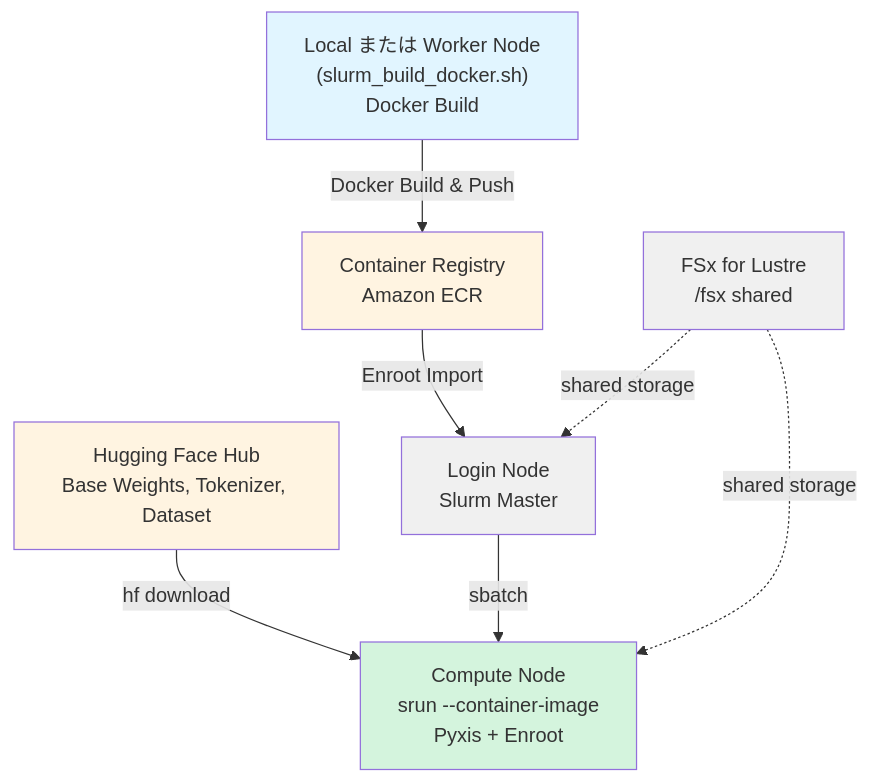
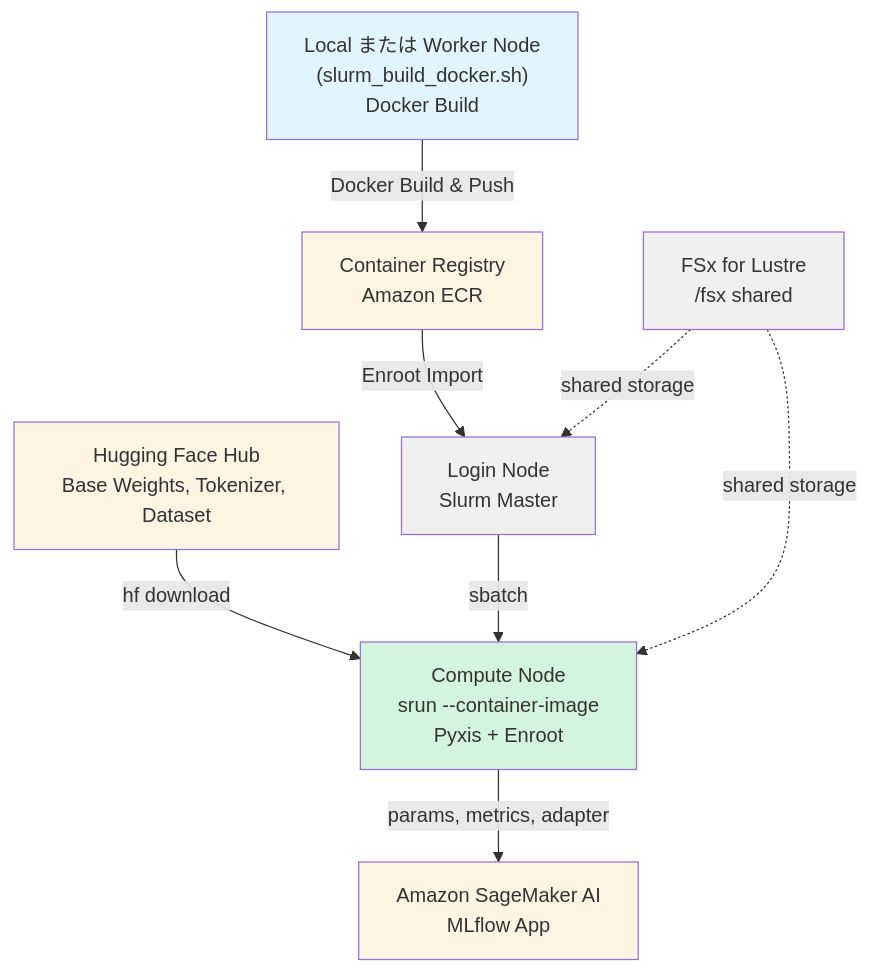
One commit to aws-samples/sample-physical-ai-scaffolding-kit changed the diagram in samples/lerobot-openpi/docs/ja/lerobot_pi05_training.md. Above: the diagram before and after it, drawn with Mermaid. The commit also changed other lines of this file and 29 other files, not shown here.

First line of the commit message:
feat/hyperpod: add MLflow App for training tracking

````diff
--- a/samples/lerobot-openpi/docs/ja/lerobot_pi05_training.md
+++ b/samples/lerobot-openpi/docs/ja/lerobot_pi05_training.md
@@ -9,23 +10,26 @@
 ```mermaid
 flowchart TB
     build["Local または Worker Node<br/>(slurm_build_docker.sh)<br/>Docker Build"]
     ecr[Container Registry<br/>Amazon ECR]
     hf[Hugging Face Hub<br/>Base Weights, Tokenizer, Dataset]
     login[Login Node<br/>Slurm Master]
     fsx[FSx for Lustre<br/>/fsx shared]
     compute[Compute Node<br/>srun --container-image<br/>Pyxis + Enroot]
+    mlflow[Amazon SageMaker AI<br/>MLflow App]
 
     build -->|Docker Build & Push| ecr
     ecr -->|Enroot Import| login
     hf -->|hf download| compute
     fsx -.->|shared storage| login
     fsx -.->|shared storage| compute
     login -->|sbatch| compute
+    compute -->|params, metrics, adapter| mlflow
 
     style build fill:#e1f5ff
     style ecr fill:#fff4e1
     style hf fill:#fff4e1
     style login fill:#f0f0f0
     style fsx fill:#f0f0f0
     style compute fill:#d4f4dd
+    style mlflow fill:#fff4e1
 ```
````
